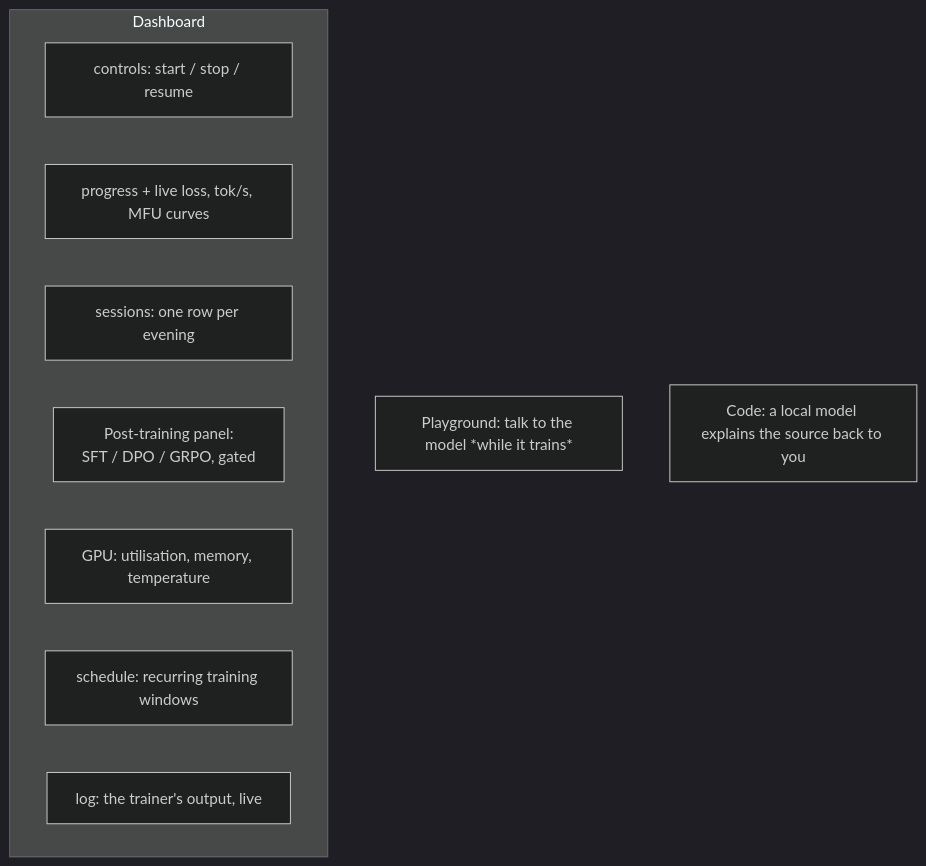
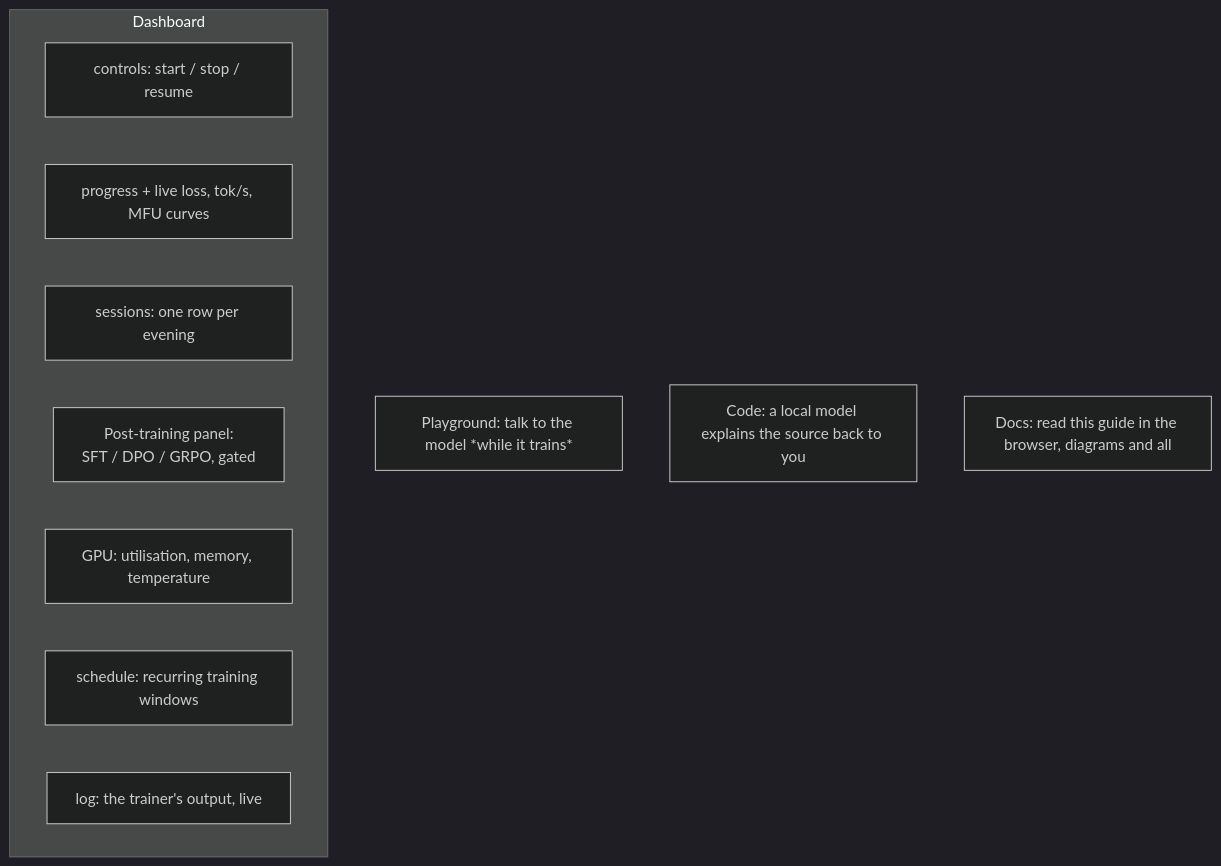
The fourth of 4 diagrams in docs/09-running-and-watching.md (kunwarmahen/aksharallm), drawn with Mermaid (dark theme) before and after one commit. The commit also changed other lines of this file and 5 other files, not shown here.

First line of the commit message:
portal: Docs tab — read the docs/*.md in the browser, with rendered diagrams

````diff
--- a/docs/09-running-and-watching.md
+++ b/docs/09-running-and-watching.md
@@ -126,14 +126,15 @@
 ```mermaid
 flowchart TD
     subgraph Dashboard
         C[controls: start / stop / resume]
         PR[progress + live loss, tok/s, MFU curves]
         SE[sessions: one row per evening]
         PT["Post-training panel:<br/>SFT / DPO / GRPO, gated"]
         GP[GPU: utilisation, memory, temperature]
         SC[schedule: recurring training windows]
         LG[log: the trainer's output, live]
     end
     Play[Playground: talk to the model *while it trains*]
     Code[Code: a local model explains the source back to you]
+    Docs[Docs: read this guide in the browser, diagrams and all]
 ```
````
